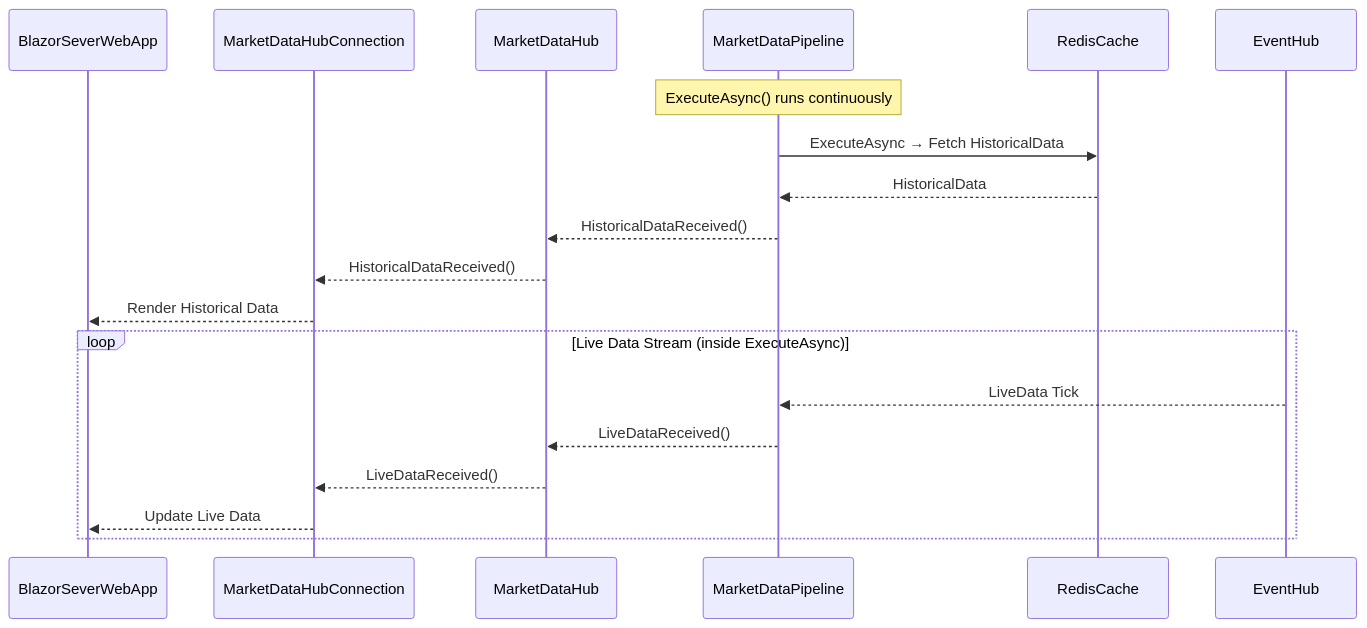
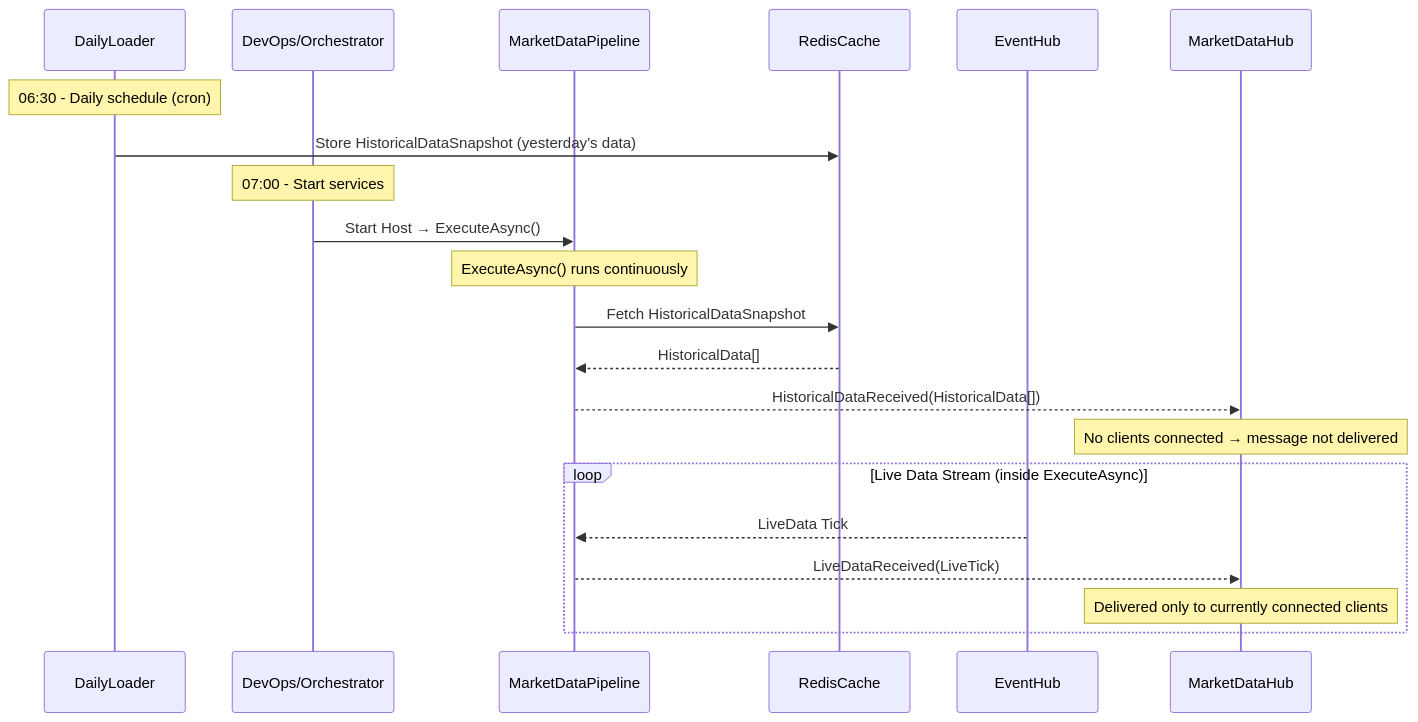
The first of 3 diagrams in SystemDesign.md (alex-horvath-net/CleanArchitecture), drawn with Mermaid before and after one commit. The commit also changed other lines of this file, not shown here.

Commit message:
Fix typos and improve sequence diagrams in documentation

````diff
--- a/SystemDesign.md
+++ b/SystemDesign.md
@@ -3,25 +3,33 @@
 ```mermaid
 sequenceDiagram
-    participant BlazorSeverWebApp
-    participant MarketDataHubConnection
-    participant MarketDataHub 
+    participant DailyLoader
+    participant Orchestrator as DevOps/Orchestrator
     participant MarketDataPipeline
     participant RedisCache
     participant EventHub
+    participant MarketDataHub
+
+    %% --------- Nightly / Pre-market schedule ----------
+    Note over DailyLoader: 06:30 - Daily schedule (cron)
+    DailyLoader->>RedisCache: Store HistoricalDataSnapshot (yesterday’s data)
+
+    %% --------- Service start (before traders arrive) ----------
+    Note over Orchestrator: 07:00 - Start services
+    Orchestrator->>MarketDataPipeline: Start Host → ExecuteAsync()
 
     Note over MarketDataPipeline: ExecuteAsync() runs continuously
 
-    MarketDataPipeline->>RedisCache: ExecuteAsync → Fetch HistoricalData
-    RedisCache-->>MarketDataPipeline: HistoricalData
-    MarketDataPipeline-->>MarketDataHub: HistoricalDataReceived()
-    MarketDataHub-->>MarketDataHubConnection: HistoricalDataReceived()
-    MarketDataHubConnection-->>BlazorSeverWebApp: Render Historical Data
+    %% One-time historical push at startup (no clients yet → dropped)
+    MarketDataPipeline->>RedisCache: Fetch HistoricalDataSnapshot
+    RedisCache-->>MarketDataPipeline: HistoricalData[]
+    MarketDataPipeline-->>MarketDataHub: HistoricalDataReceived(HistoricalData[])
+    Note over MarketDataHub: No clients connected → message not delivered
 
+    %% Live stream starts regardless of clients
     loop Live Data Stream (inside ExecuteAsync)
         EventHub-->>MarketDataPipeline: LiveData Tick
-        MarketDataPipeline-->>MarketDataHub: LiveDataReceived()
-        MarketDataHub-->>MarketDataHubConnection: LiveDataReceived()
-        MarketDataHubConnection-->>BlazorSeverWebApp: Update Live Data
+        MarketDataPipeline-->>MarketDataHub: LiveDataReceived(LiveTick)
+        Note over MarketDataHub: Delivered only to currently connected clients
     end
 
 ```
````
